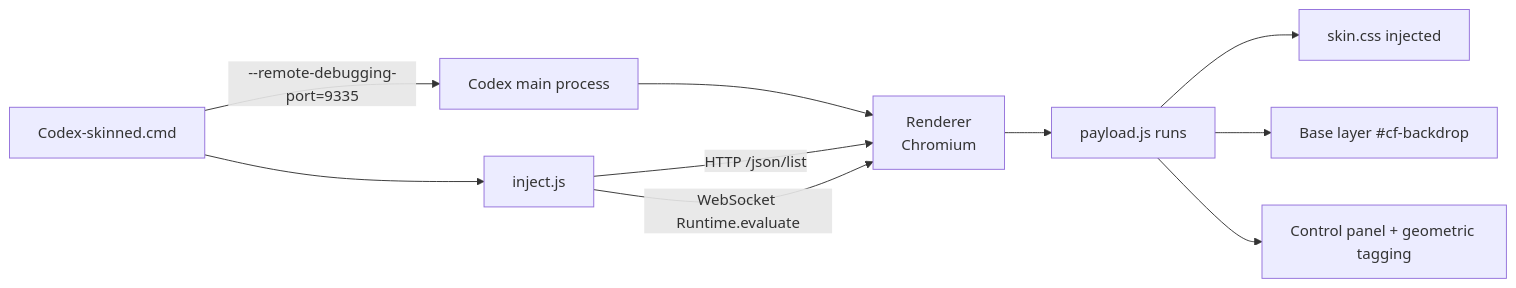
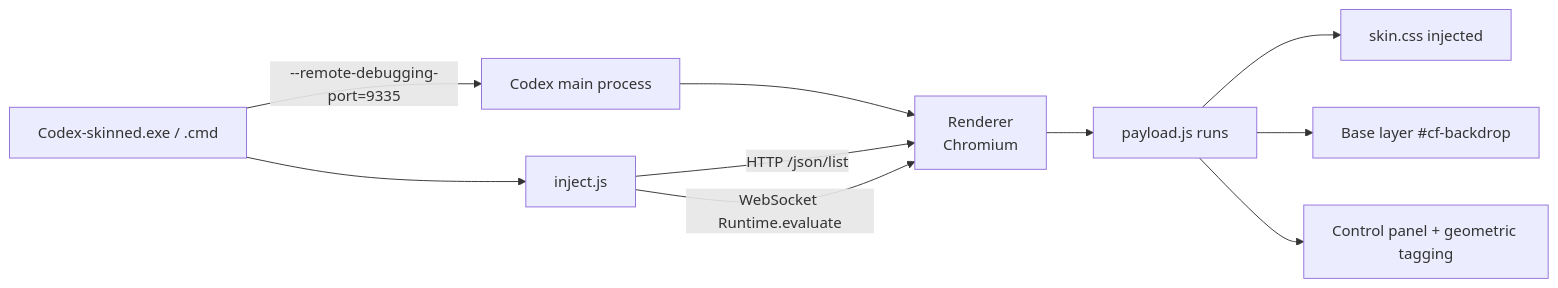
One commit to ISkywalkerI/codex-frosted-glass changed the diagram in README.en.md. Above: the diagram before and after it, drawn with Mermaid. The commit also changed other lines of this file and 10 other files, not shown here.

First line of the commit message:
feat: ship Codex-skinned.exe with the icon embedded (v1.11.0)

````diff
--- a/README.en.md
+++ b/README.en.md
@@ -31,12 +32,12 @@
 ```mermaid
 flowchart LR
-    A["Codex-skinned.cmd"] -->|"--remote-debugging-port=9335"| B["Codex main process"]
+    A["Codex-skinned.exe / .cmd"] -->|"--remote-debugging-port=9335"| B["Codex main process"]
     B --> C["Renderer<br/>Chromium"]
     A --> D["inject.js"]
     D -->|"HTTP /json/list"| C
     D -->|"WebSocket Runtime.evaluate"| C
     C --> E["payload.js runs"]
     E --> F["skin.css injected"]
     E --> G["Base layer #cf-backdrop"]
     E --> H["Control panel + geometric tagging"]
 ```
````
